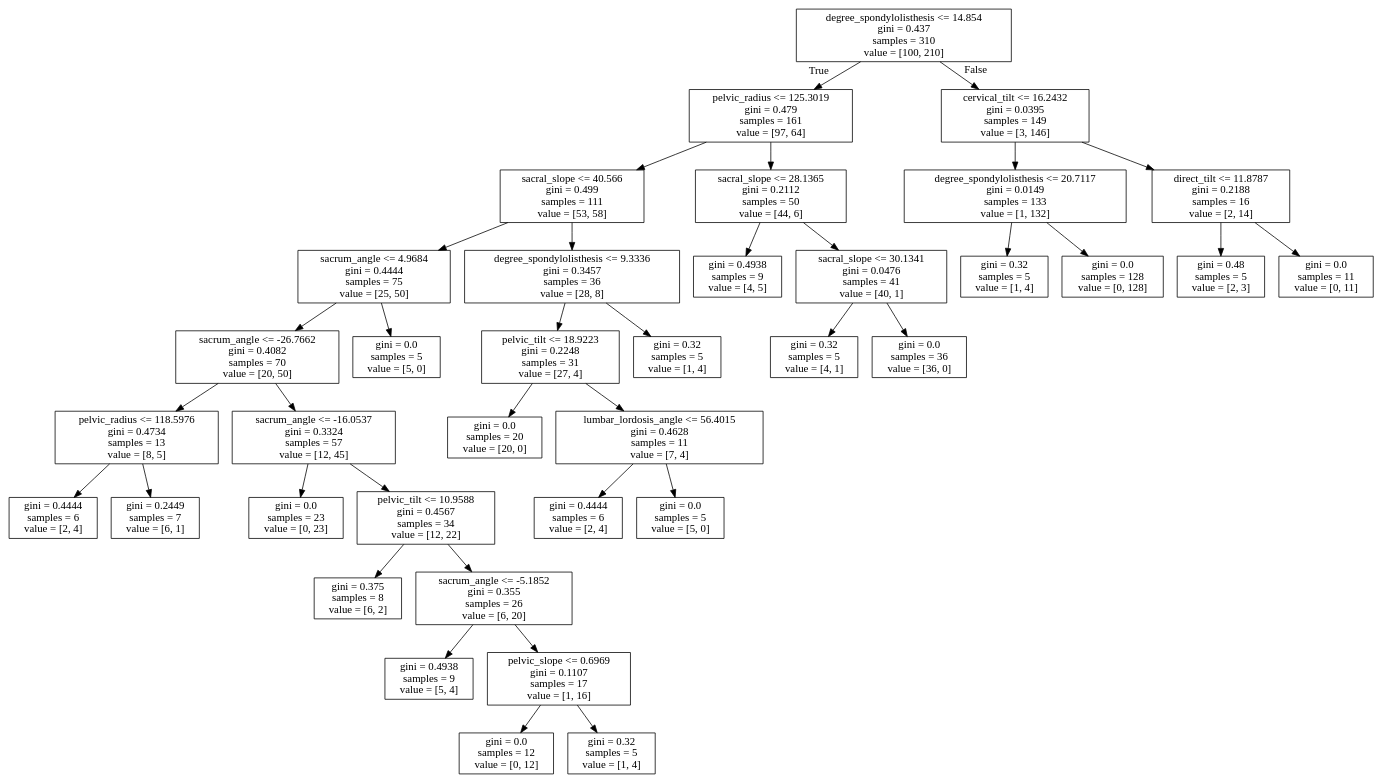
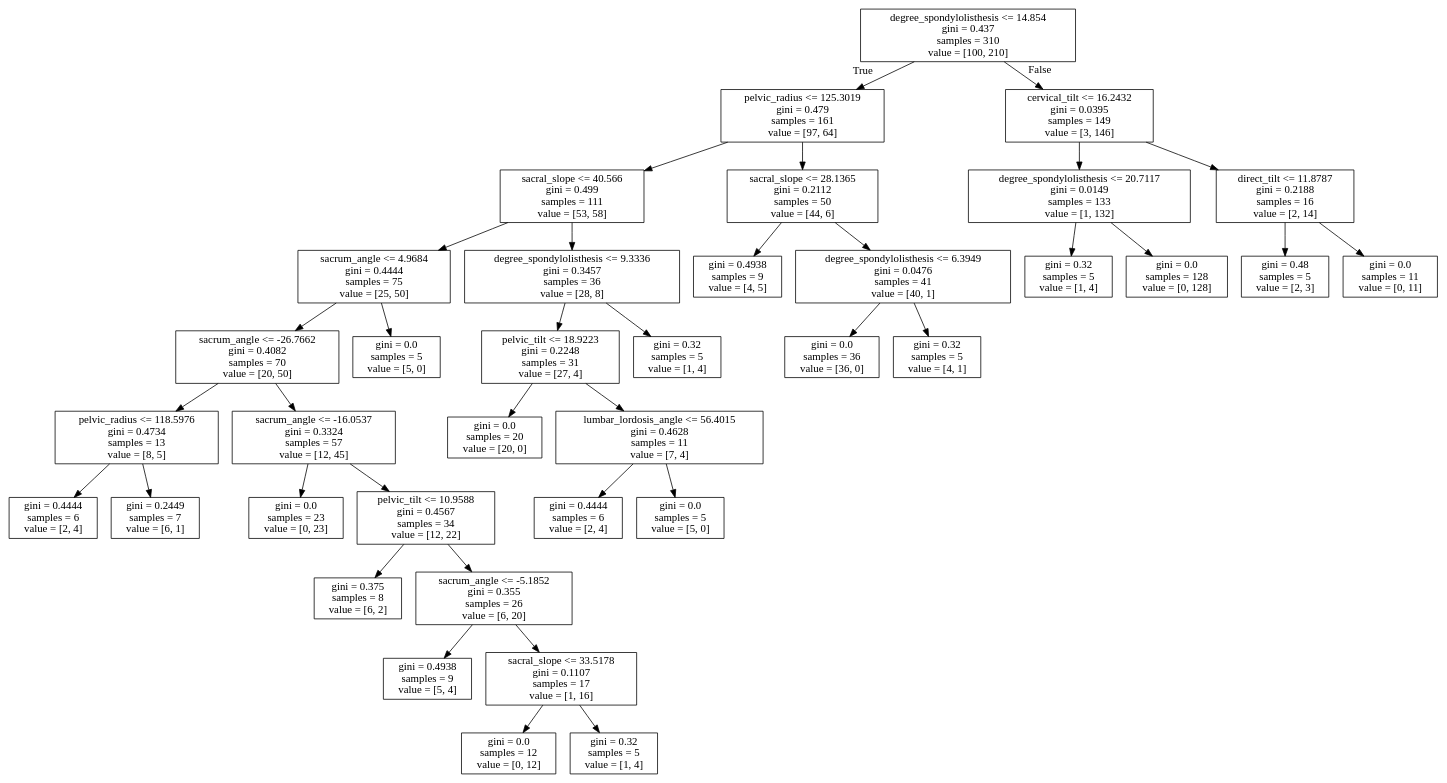
The diagram in backpain/notebooks/tree.dot (nullpointer0x00/ds-sfb), drawn with Graphviz before and after one commit. The commit also changed 4 other files, not shown here.

```diff
--- a/backpain/notebooks/tree.dot
+++ b/backpain/notebooks/tree.dot
@@ -1,76 +1,76 @@
 digraph Tree {
 node [shape=box] ;
 0 [label="degree_spondylolisthesis <= 14.854\ngini = 0.437\nsamples = 310\nvalue = [100, 210]"] ;
 1 [label="pelvic_radius <= 125.3019\ngini = 0.479\nsamples = 161\nvalue = [97, 64]"] ;
 0 -> 1 [labeldistance=2.5, labelangle=45, headlabel="True"] ;
 2 [label="sacral_slope <= 40.566\ngini = 0.499\nsamples = 111\nvalue = [53, 58]"] ;
 1 -> 2 ;
 3 [label="sacrum_angle <= 4.9684\ngini = 0.4444\nsamples = 75\nvalue = [25, 50]"] ;
 2 -> 3 ;
 4 [label="sacrum_angle <= -26.7662\ngini = 0.4082\nsamples = 70\nvalue = [20, 50]"] ;
 3 -> 4 ;
 5 [label="pelvic_radius <= 118.5976\ngini = 0.4734\nsamples = 13\nvalue = [8, 5]"] ;
 4 -> 5 ;
 6 [label="gini = 0.4444\nsamples = 6\nvalue = [2, 4]"] ;
 5 -> 6 ;
 7 [label="gini = 0.2449\nsamples = 7\nvalue = [6, 1]"] ;
 5 -> 7 ;
 8 [label="sacrum_angle <= -16.0537\ngini = 0.3324\nsamples = 57\nvalue = [12, 45]"] ;
 4 -> 8 ;
 9 [label="gini = 0.0\nsamples = 23\nvalue = [0, 23]"] ;
 8 -> 9 ;
 10 [label="pelvic_tilt <= 10.9588\ngini = 0.4567\nsamples = 34\nvalue = [12, 22]"] ;
 8 -> 10 ;
 11 [label="gini = 0.375\nsamples = 8\nvalue = [6, 2]"] ;
 10 -> 11 ;
 12 [label="sacrum_angle <= -5.1852\ngini = 0.355\nsamples = 26\nvalue = [6, 20]"] ;
 10 -> 12 ;
 13 [label="gini = 0.4938\nsamples = 9\nvalue = [5, 4]"] ;
 12 -> 13 ;
-14 [label="pelvic_slope <= 0.6969\ngini = 0.1107\nsamples = 17\nvalue = [1, 16]"] ;
+14 [label="sacral_slope <= 33.5178\ngini = 0.1107\nsamples = 17\nvalue = [1, 16]"] ;
 12 -> 14 ;
 15 [label="gini = 0.0\nsamples = 12\nvalue = [0, 12]"] ;
 14 -> 15 ;
 16 [label="gini = 0.32\nsamples = 5\nvalue = [1, 4]"] ;
 14 -> 16 ;
 17 [label="gini = 0.0\nsamples = 5\nvalue = [5, 0]"] ;
 3 -> 17 ;
 18 [label="degree_spondylolisthesis <= 9.3336\ngini = 0.3457\nsamples = 36\nvalue = [28, 8]"] ;
 2 -> 18 ;
 19 [label="pelvic_tilt <= 18.9223\ngini = 0.2248\nsamples = 31\nvalue = [27, 4]"] ;
 18 -> 19 ;
 20 [label="gini = 0.0\nsamples = 20\nvalue = [20, 0]"] ;
 19 -> 20 ;
 21 [label="lumbar_lordosis_angle <= 56.4015\ngini = 0.4628\nsamples = 11\nvalue = [7, 4]"] ;
 19 -> 21 ;
 22 [label="gini = 0.4444\nsamples = 6\nvalue = [2, 4]"] ;
 21 -> 22 ;
 23 [label="gini = 0.0\nsamples = 5\nvalue = [5, 0]"] ;
 21 -> 23 ;
 24 [label="gini = 0.32\nsamples = 5\nvalue = [1, 4]"] ;
 18 -> 24 ;
 25 [label="sacral_slope <= 28.1365\ngini = 0.2112\nsamples = 50\nvalue = [44, 6]"] ;
 1 -> 25 ;
 26 [label="gini = 0.4938\nsamples = 9\nvalue = [4, 5]"] ;
 25 -> 26 ;
-27 [label="sacral_slope <= 30.1341\ngini = 0.0476\nsamples = 41\nvalue = [40, 1]"] ;
+27 [label="degree_spondylolisthesis <= 6.3949\ngini = 0.0476\nsamples = 41\nvalue = [40, 1]"] ;
 25 -> 27 ;
-28 [label="gini = 0.32\nsamples = 5\nvalue = [4, 1]"] ;
+28 [label="gini = 0.0\nsamples = 36\nvalue = [36, 0]"] ;
 27 -> 28 ;
-29 [label="gini = 0.0\nsamples = 36\nvalue = [36, 0]"] ;
+29 [label="gini = 0.32\nsamples = 5\nvalue = [4, 1]"] ;
 27 -> 29 ;
 30 [label="cervical_tilt <= 16.2432\ngini = 0.0395\nsamples = 149\nvalue = [3, 146]"] ;
 0 -> 30 [labeldistance=2.5, labelangle=-45, headlabel="False"] ;
 31 [label="degree_spondylolisthesis <= 20.7117\ngini = 0.0149\nsamples = 133\nvalue = [1, 132]"] ;
 30 -> 31 ;
 32 [label="gini = 0.32\nsamples = 5\nvalue = [1, 4]"] ;
 31 -> 32 ;
 33 [label="gini = 0.0\nsamples = 128\nvalue = [0, 128]"] ;
 31 -> 33 ;
 34 [label="direct_tilt <= 11.8787\ngini = 0.2188\nsamples = 16\nvalue = [2, 14]"] ;
 30 -> 34 ;
 35 [label="gini = 0.48\nsamples = 5\nvalue = [2, 3]"] ;
 34 -> 35 ;
 36 [label="gini = 0.0\nsamples = 11\nvalue = [0, 11]"] ;
 34 -> 36 ;
 }
```
